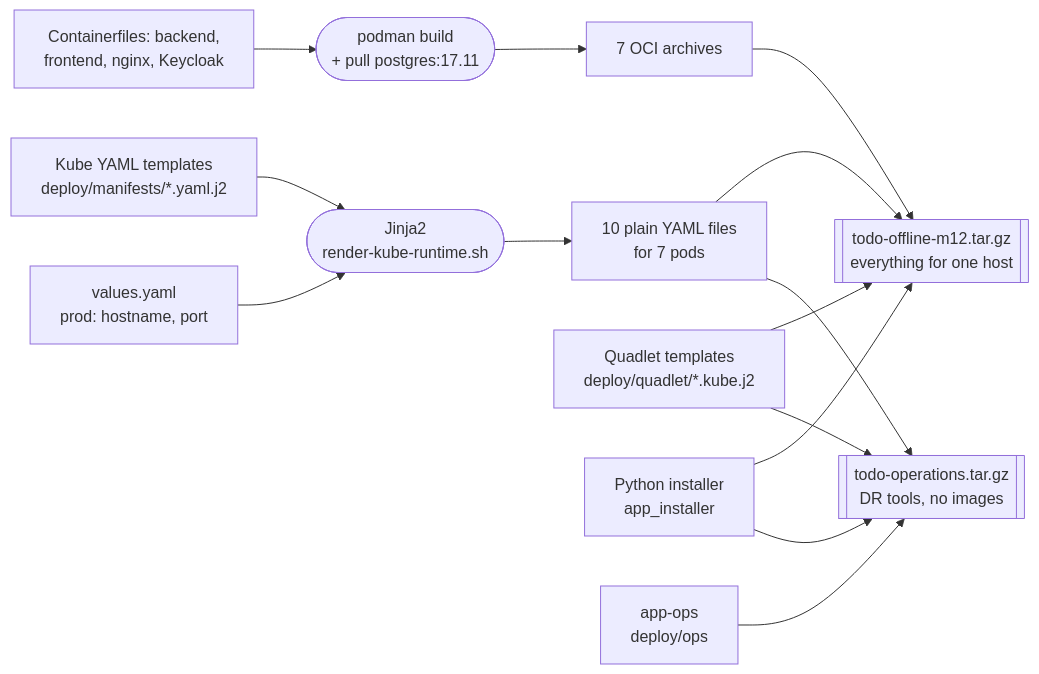
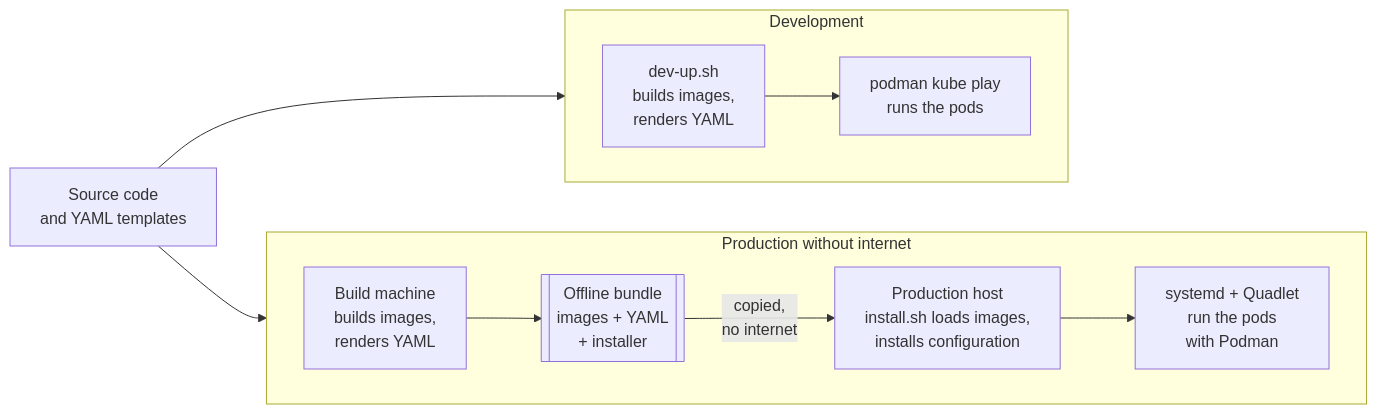
The diagram in docs/INSTALL-PICTURE.md (gunstein/podman_test), drawn with Mermaid before and after one commit. The commit also changed other lines of this file and 1 other file, not shown here.

First line of the commit message:
Install picture: the two paths, for technical leads and staff

````diff
--- a/docs/INSTALL-PICTURE.md
+++ b/docs/INSTALL-PICTURE.md
@@ -8,14 +10,19 @@
 ```mermaid
 flowchart LR
-  j2["Kube YAML templates<br>deploy/manifests/*.yaml.j2"] --> render
-  values["values.yaml<br>prod: hostname, port"] --> render
-  render(["Jinja2<br>render-kube-runtime.sh"]) --> yaml["10 plain YAML files<br>for 7 pods"]
-  code["Containerfiles: backend,<br>frontend, nginx, Keycloak"] --> build(["podman build<br>+ pull postgres:17.11"])
-  build --> img["7 OCI archives"]
-  q["Quadlet templates<br>deploy/quadlet/*.kube.j2"]
-  inst["Python installer<br>app_installer"]
-  ops["app-ops<br>deploy/ops"]
+  src["Source code<br>and YAML templates"]
 
-  yaml & img & q & inst --> bundle[["todo-offline-m12.tar.gz<br>everything for one host"]]
-  yaml & q & inst & ops --> opspkg[["todo-operations.tar.gz<br>DR tools, no images"]]
+  subgraph PROD["Production without internet"]
+    direction LR
+    build["Build machine<br>builds images,<br>renders YAML"] --> bundle[["Offline bundle<br>images + YAML<br>+ installer"]]
+    bundle -- "copied,<br>no internet" --> host["Production host<br>install.sh loads images,<br>installs configuration"]
+    host --> prodrun["systemd + Quadlet<br>run the pods<br>with Podman"]
+  end
+
+  subgraph DEV["Development"]
+    direction LR
+    up["dev-up.sh<br>builds images,<br>renders YAML"] --> devrun["podman kube play<br>runs the pods"]
+  end
+
+  src --> build
+  src --> up
 ```
````
